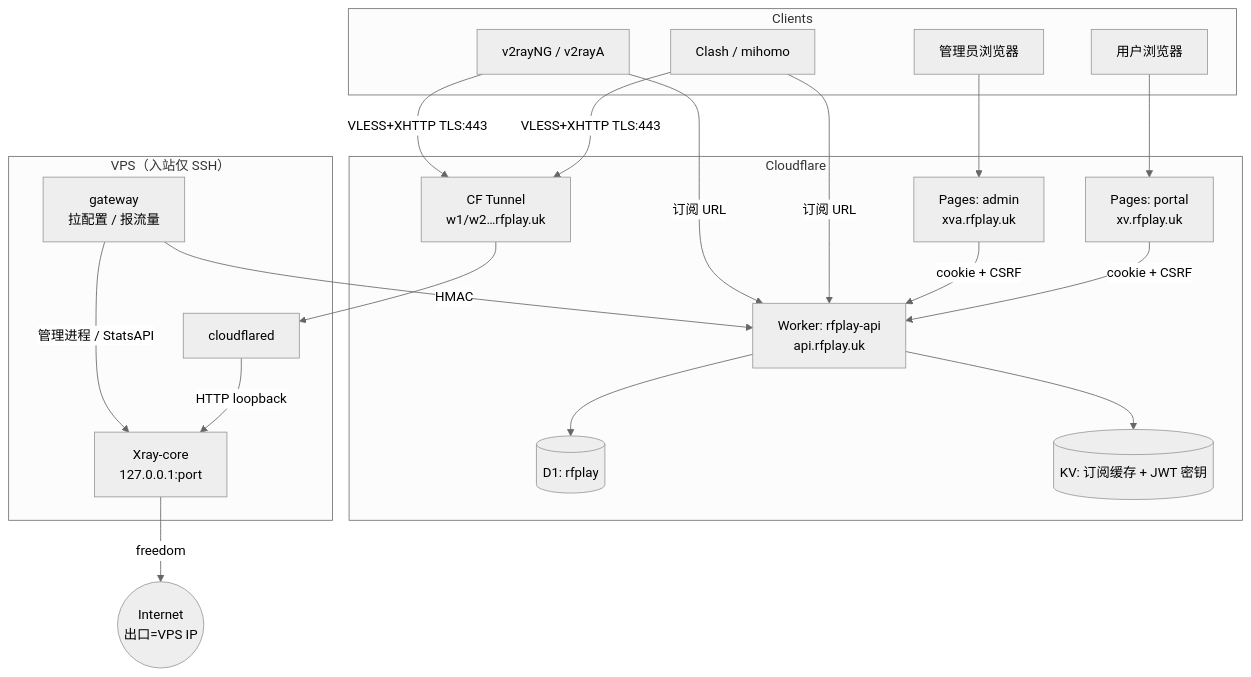
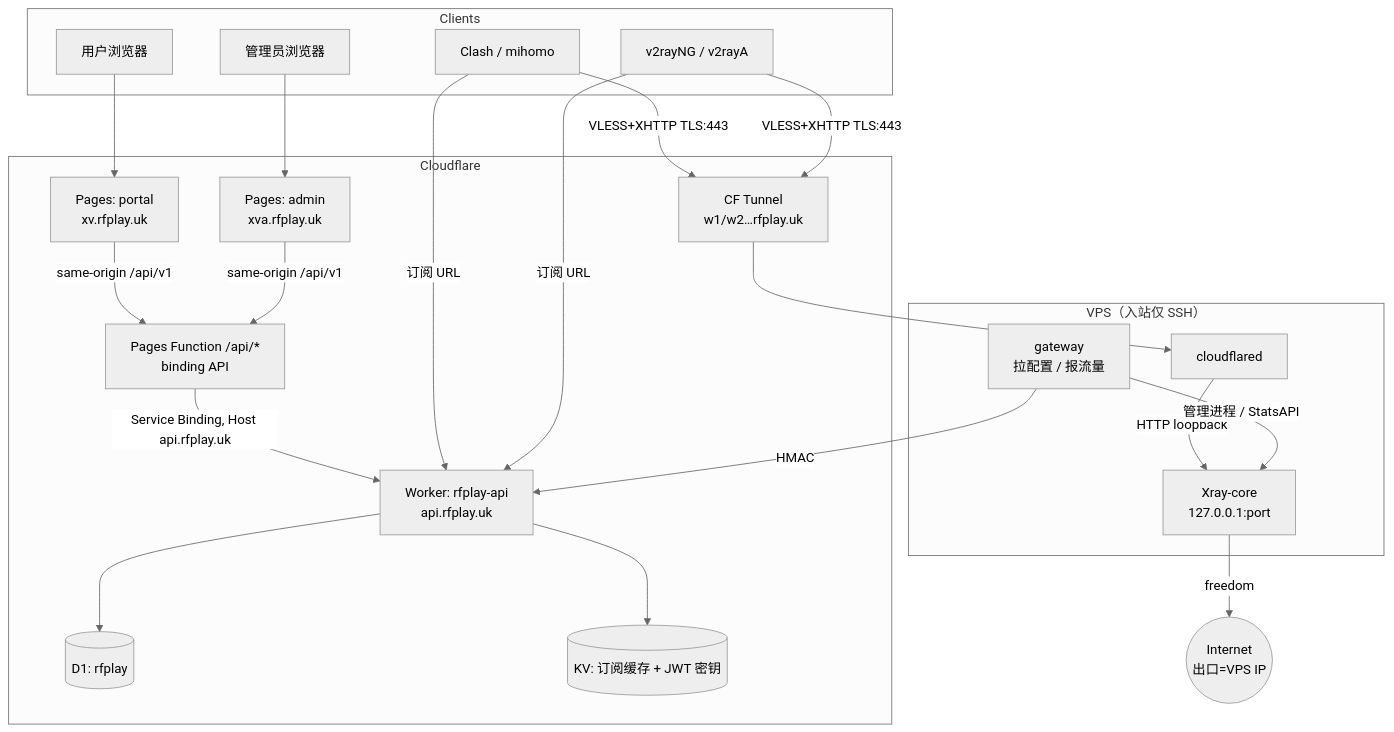
One commit to ouyexiaogongzhu/airport changed the diagram in airport_system_design.md. Above: the diagram before and after it, drawn with Mermaid (neutral theme). The commit also changed other lines of this file and 23 other files, not shown here.

First line of the commit message:
fix: CSRF only for verified credentials, and pin subscription links to the API

````diff
--- a/airport_system_design.md
+++ b/airport_system_design.md
@@ -26,38 +26,40 @@
 ```mermaid
 flowchart TB
   subgraph Clients
     Clash[Clash / mihomo]
     V2NG[v2rayNG / v2rayA]
     Browser[用户浏览器]
     AdminUI[管理员浏览器]
   end
 
   subgraph Cloudflare
     Portal[Pages: portal<br/>xv.rfplay.uk]
     Admin[Pages: admin<br/>xva.rfplay.uk]
+    Fn["Pages Function /api/*<br/>binding API"]
     API[Worker: rfplay-api<br/>api.rfplay.uk]
     D1[(D1: rfplay)]
     KV[(KV: 订阅缓存 + JWT 密钥)]
     Tunnel[CF Tunnel<br/>w1/w2…rfplay.uk]
   end
 
   subgraph VPS["VPS（入站仅 SSH）"]
     GW[gateway<br/>拉配置 / 报流量]
     Xray[Xray-core<br/>127.0.0.1:port]
     CFD[cloudflared]
   end
 
   Browser --> Portal
   AdminUI --> Admin
-  Portal -->|cookie + CSRF| API
-  Admin -->|cookie + CSRF| API
+  Portal -->|same-origin /api/v1| Fn
+  Admin -->|same-origin /api/v1| Fn
+  Fn -->|Service Binding, Host api.rfplay.uk| API
   API --> D1
   API --> KV
   Clash & V2NG -->|订阅 URL| API
   Clash & V2NG -->|VLESS+XHTTP TLS:443| Tunnel
   Tunnel --> CFD
   CFD -->|HTTP loopback| Xray
   Xray -->|freedom| Internet((Internet<br/>出口=VPS IP))
   GW -->|HMAC| API
   GW -->|管理进程 / StatsAPI| Xray
 ```
````
